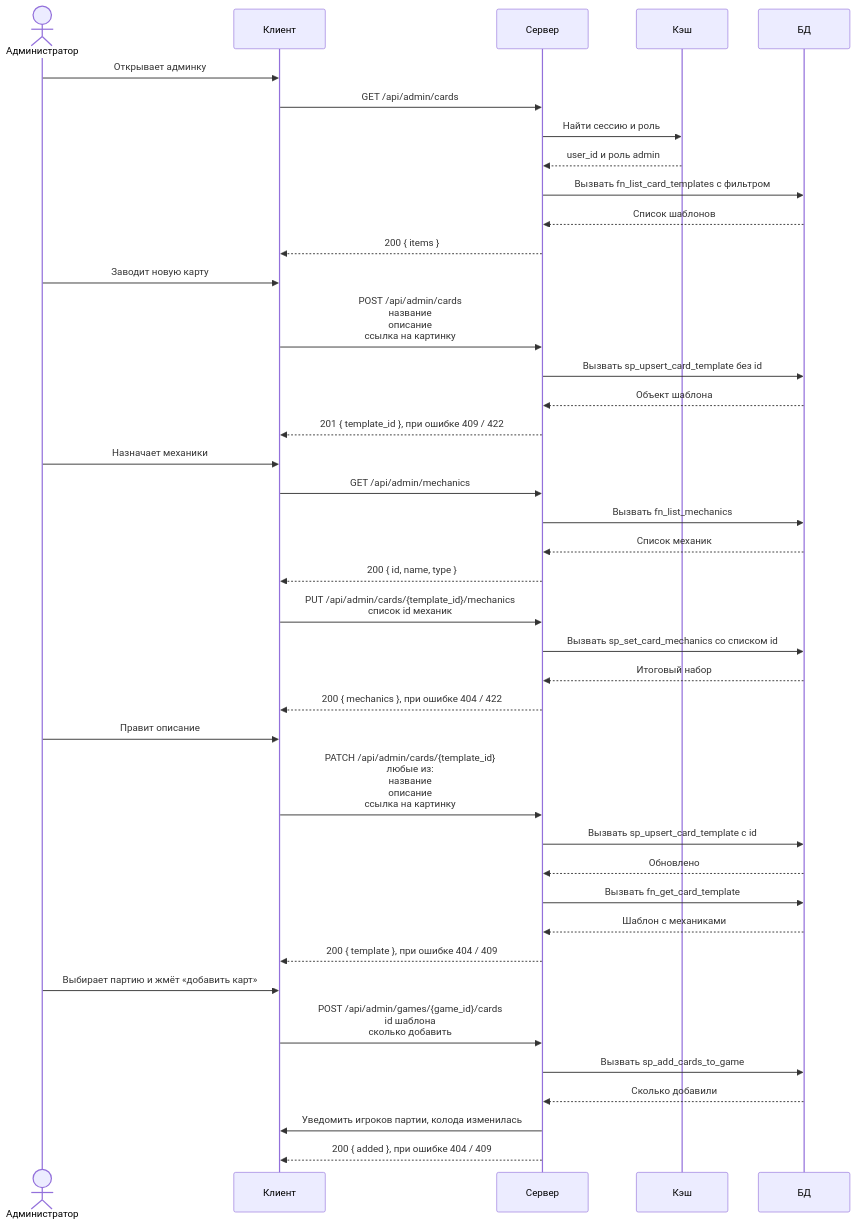
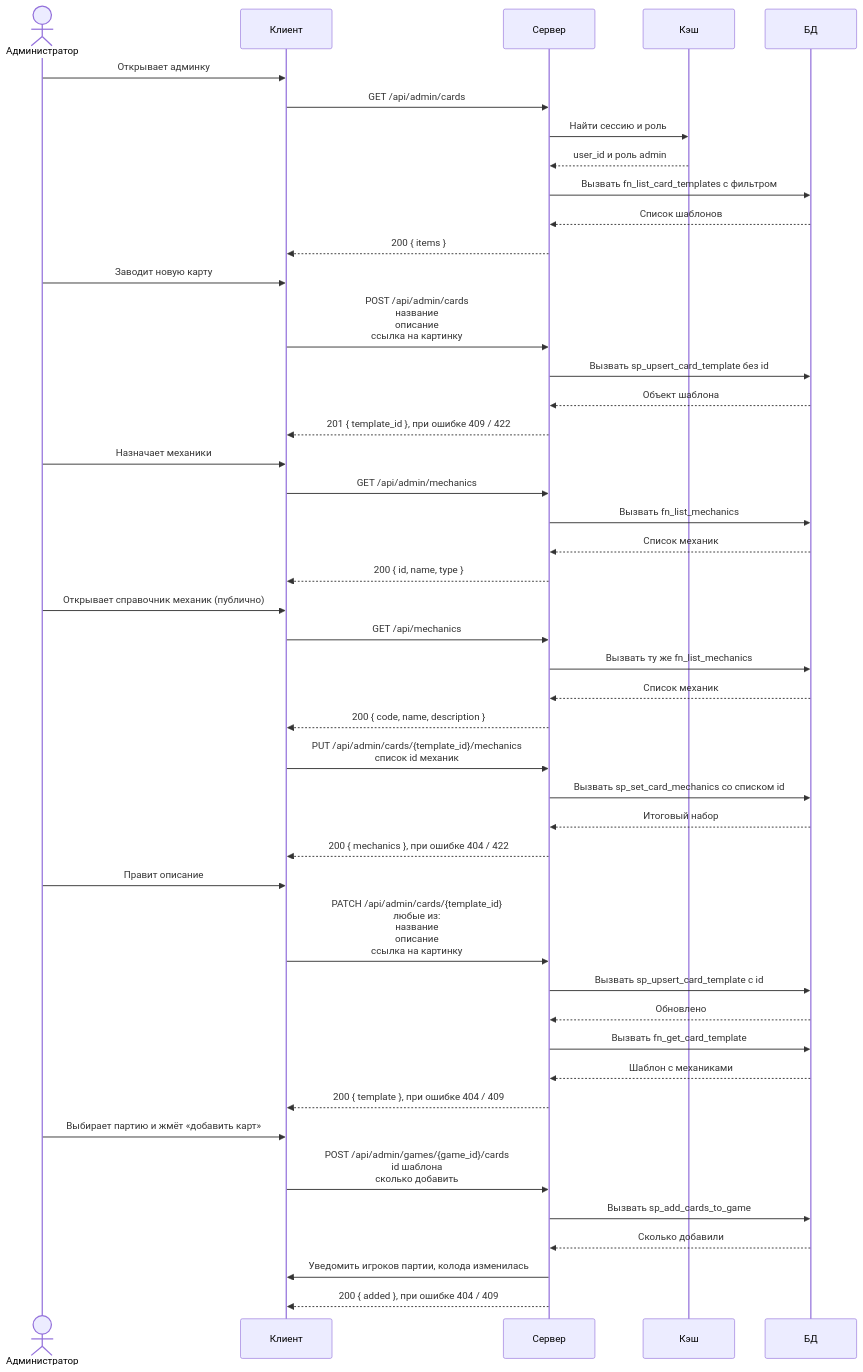
Before and after one commit to docup1/edin-game: the diagram in diagrams/admin.mmd, drawn with Mermaid. The commit also changed 12 other files, not shown here.

```diff
--- a/diagrams/admin.mmd
+++ b/diagrams/admin.mmd
@@ -1,65 +1,71 @@
 %% Админка: библиотека карт и наполнение колоды партии.
 %% Роль admin приходит из токена провайдера при входе и лежит в сессии.
 %% Общий ответ для всех эндпоинтов админки: 401 без сессии, 403 если роль не admin.
 sequenceDiagram
     actor A as Администратор
     participant C as Клиент
     participant S as Сервер
     participant K as Кэш
     participant D as БД
 
     A->>C: Открывает админку
     %% Фильтр search живёт в колонке Query таблицы в API.md, на стрелке его нет.
     C->>S: GET /api/admin/cards
     S->>K: Найти сессию и роль
     K-->>S: user_id и роль admin
     S->>D: Вызвать fn_list_card_templates с фильтром
     D-->>S: Список шаблонов
     S-->>C: 200 { items }
 
     A->>C: Заводит новую карту
     C->>S: POST /api/admin/cards<br/>название<br/>описание<br/>ссылка на картинку
     S->>D: Вызвать sp_upsert_card_template без id
     D-->>S: Объект шаблона
     S-->>C: 201 { template_id }, при ошибке 409 / 422
 
     A->>C: Назначает механики
     C->>S: GET /api/admin/mechanics
     S->>D: Вызвать fn_list_mechanics
     D-->>S: Список механик
     S-->>C: 200 { id, name, type }
+
+    A->>C: Открывает справочник механик (публично)
+    C->>S: GET /api/mechanics
+    S->>D: Вызвать ту же fn_list_mechanics
+    D-->>S: Список механик
+    S-->>C: 200 { code, name, description }
     C->>S: PUT /api/admin/cards/{template_id}/mechanics<br/>список id механик
     S->>D: Вызвать sp_set_card_mechanics со списком id
     D-->>S: Итоговый набор
     S-->>C: 200 { mechanics }, при ошибке 404 / 422
 
     A->>C: Правит описание
     C->>S: PATCH /api/admin/cards/{template_id}<br/>любые из:<br/>название<br/>описание<br/>ссылка на картинку
     S->>D: Вызвать sp_upsert_card_template с id
     D-->>S: Обновлено
     S->>D: Вызвать fn_get_card_template
     D-->>S: Шаблон с механиками
     S-->>C: 200 { template }, при ошибке 404 / 409
 
     A->>C: Выбирает партию и жмёт «добавить карт»
     C->>S: POST /api/admin/games/{game_id}/cards<br/>id шаблона<br/>сколько добавить
     S->>D: Вызвать sp_add_cards_to_game
     D-->>S: Сколько добавили
     S->>C: Уведомить игроков партии, колода изменилась
     S-->>C: 200 { added }, при ошибке 404 / 409
 
     %% Карта - это картинка, описание и набор механик. Хранится один раз в
     %% card_templates, экземпляры карт в партии ссылаются на неё.
     %% search - поиск по имени, описанию и названию механики, пустой - без
     %% фильтра. Страниц нет, список приходит целиком.
     %% Ссылка на картинку должна быть уникальной, иначе 409.
     %% Справочник из 20 механик зашит в базе, новые добавляются только миграцией,
     %% админ выбирает из существующих.
     %% Список механик заменяется целиком: лишние связи удаляются, недостающие
     %% добавляются.
     %% Наполнение колоды работает, только пока партия не началась. Создаётся нужное
     %% число строк в cards, каждая со своей id и ссылкой на шаблон.
     %% Проверка роли идёт в кэше, сама проверка в базе. Кэш можно потерять -
     %% админ просто войдёт заново.
     %% Удалять шаблоны нельзя: экземпляры карт ссылаются на шаблон с запретом
     %% удаления, поэтому правка шаблона видна во всех партиях, где он роздан.
```
